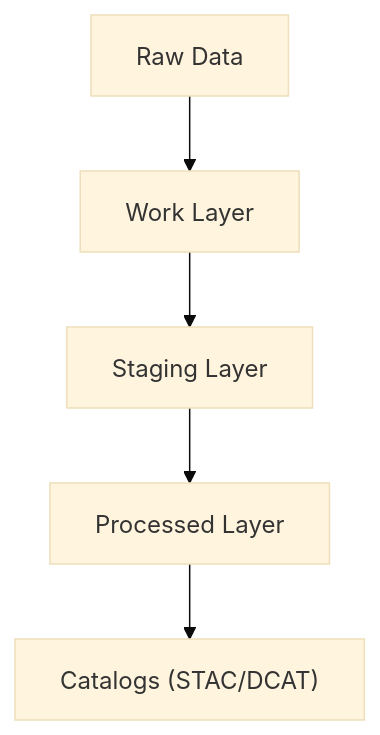
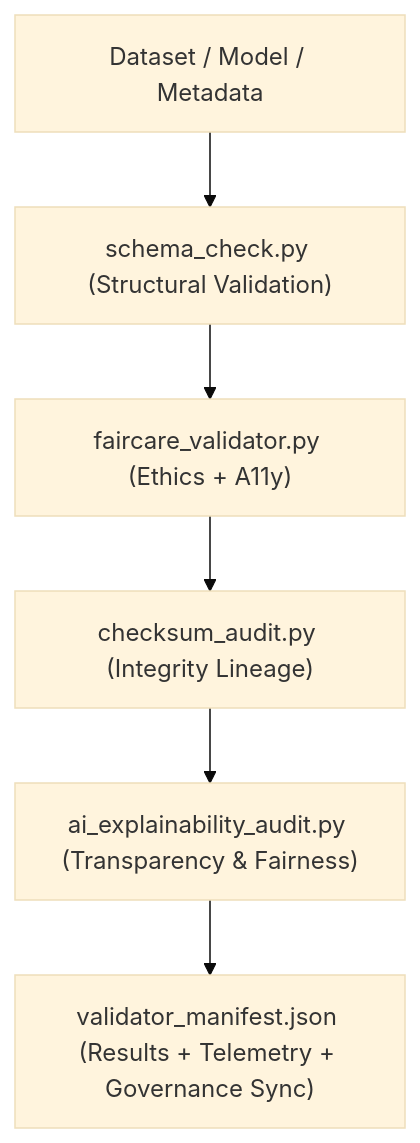
One commit to bartytime4life/Kansas-Frontier-Matrix changed the diagram in data/README.md. Above: the diagram before and after it, drawn with Mermaid (base theme). The commit also changed other lines of this file, not shown here.

````diff
--- a/data/README.md
+++ b/data/README.md
@@ -50,7 +67,8 @@
 ```mermaid
 flowchart TD
-    A["Raw Data"] --> B["Work Layer"]
-    B --> C["Staging Layer"]
-    C --> D["Processed Layer"]
-    D --> E["Catalogs (STAC/DCAT)"]
+    A["Dataset / Model / Metadata"] --> B["schema_check.py (Structural Validation)"]
+    B --> C["faircare_validator.py (Ethics + A11y)"]
+    C --> D["checksum_audit.py (Integrity Lineage)"]
+    D --> E["ai_explainability_audit.py (Transparency & Fairness)"]
+    E --> F["validator_manifest.json (Results + Telemetry + Governance Sync)"]
 ```
````
